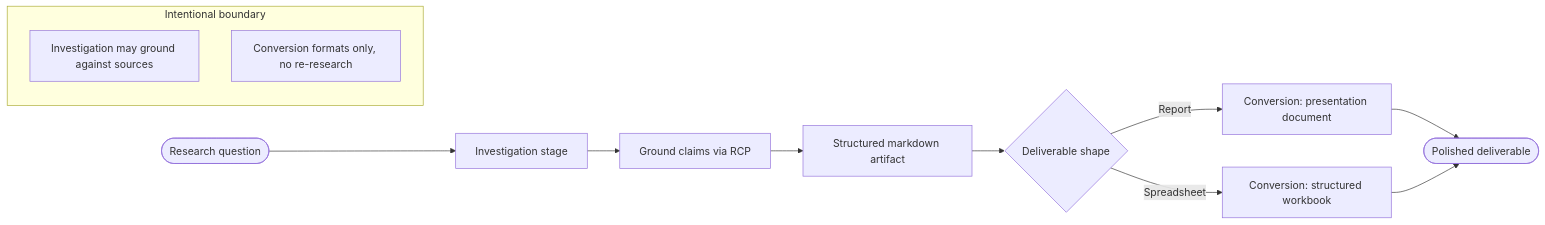
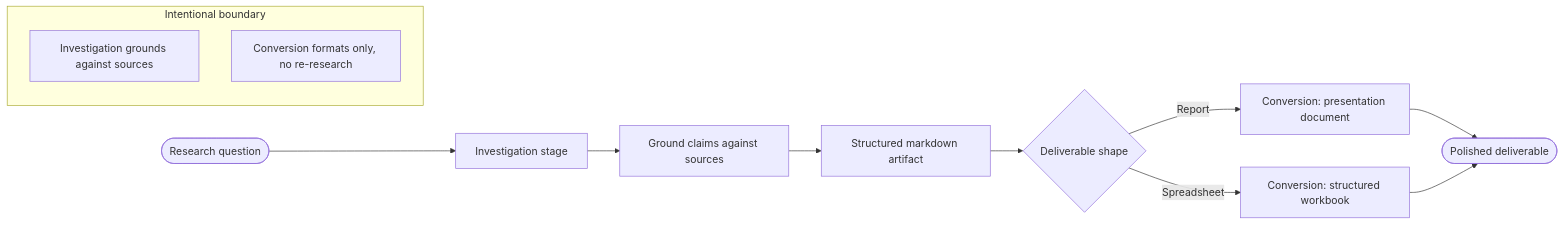
Before and after one commit to Beunec/beunec-site-staging: the first of 2 diagrams in Beunec Docs/rivine agentic engines/rivine_research.md, drawn with Mermaid. The commit also changed other lines of this file and 31 other files, not shown here.

````diff
--- a/Beunec Docs/rivine agentic engines/rivine_research.md
+++ b/Beunec Docs/rivine agentic engines/rivine_research.md
@@ -5,16 +11,16 @@
 ```mermaid
 flowchart LR
     U([Research question]) --> Lead[Investigation stage]
-    Lead --> G[Ground claims via RCP]
+    Lead --> G[Ground claims against sources]
     G --> MD[Structured markdown artifact]
     MD --> Choice{Deliverable shape}
     Choice -->|Report| PDF[Conversion: presentation document]
     Choice -->|Spreadsheet| SH[Conversion: structured workbook]
     PDF --> Out1([Polished deliverable])
     SH --> Out1
 
     subgraph Boundary["Intentional boundary"]
-        Note1[Investigation may ground against sources]
+        Note1[Investigation grounds against sources]
         Note2[Conversion formats only, no re-research]
     end
 ```
````
